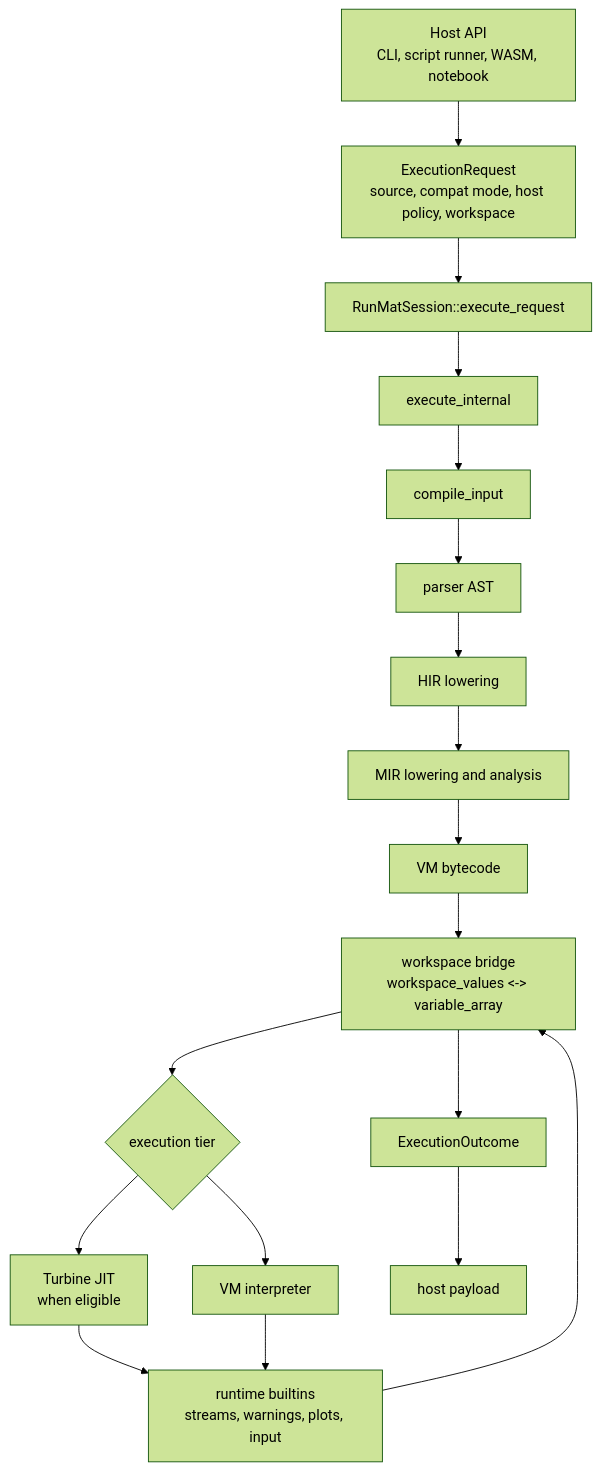
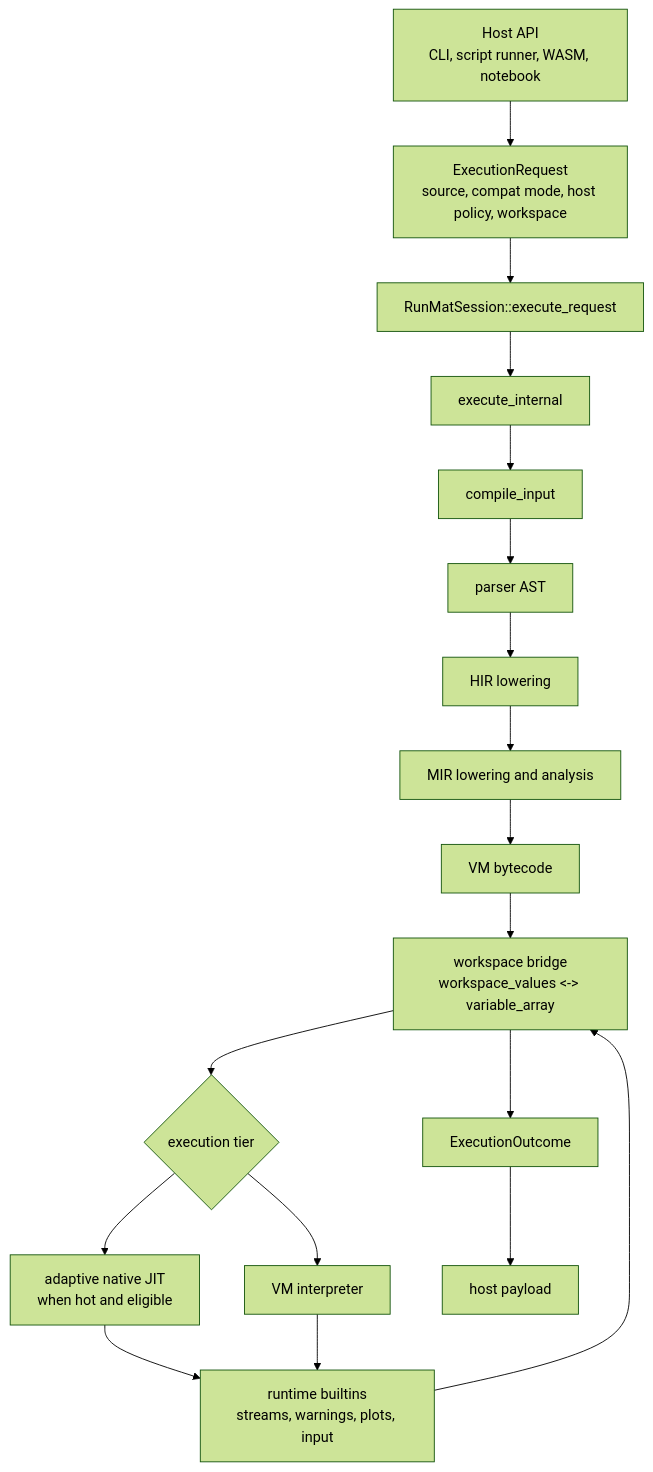
Before and after one commit to runmat-org/runmat: the diagram in docs/session/index.md, drawn with Mermaid (forest theme). The commit also changed other lines of this file and 61 other files, not shown here.

````diff
--- a/docs/session/index.md
+++ b/docs/session/index.md
@@ -16,28 +16,28 @@
 ```mermaid
 flowchart TD
   Host["Host API<br/>CLI, script runner, WASM, notebook"]
   Req["ExecutionRequest<br/>source, compat mode, host policy, workspace"]
   Session["RunMatSession::execute_request"]
   Internal["execute_internal"]
   Compile["compile_input"]
   Parser["parser AST"]
   HIR["HIR lowering"]
   MIR["MIR lowering and analysis"]
   Bytecode["VM bytecode"]
   Workspace["workspace bridge<br/>workspace_values <-> variable_array"]
   Engine{"execution tier"}
-  JIT["Turbine JIT<br/>when eligible"]
+  JIT["adaptive native JIT<br/>when hot and eligible"]
   VM["VM interpreter"]
   Runtime["runtime builtins<br/>streams, warnings, plots, input"]
   Outcome["ExecutionOutcome"]
   Payload["host payload"]
 
   Host --> Req --> Session --> Internal --> Compile
   Compile --> Parser --> HIR --> MIR --> Bytecode
   Bytecode --> Workspace --> Engine
   Engine --> JIT
   Engine --> VM
   JIT --> Runtime
   VM --> Runtime
   Runtime --> Workspace --> Outcome --> Payload
 ```
````
